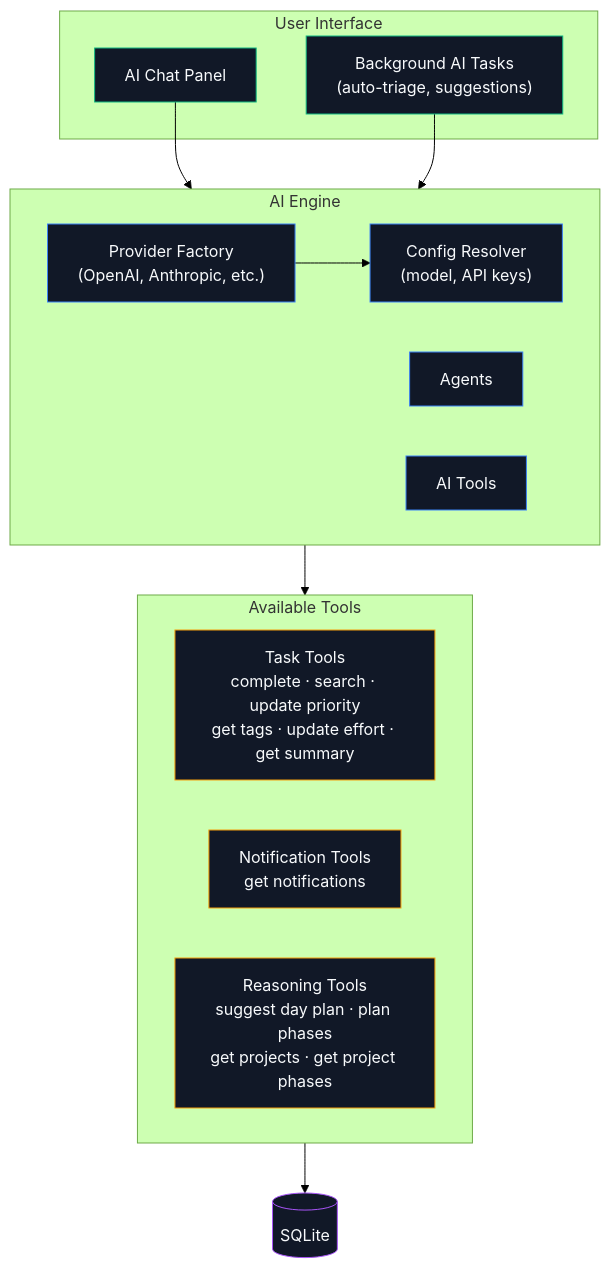
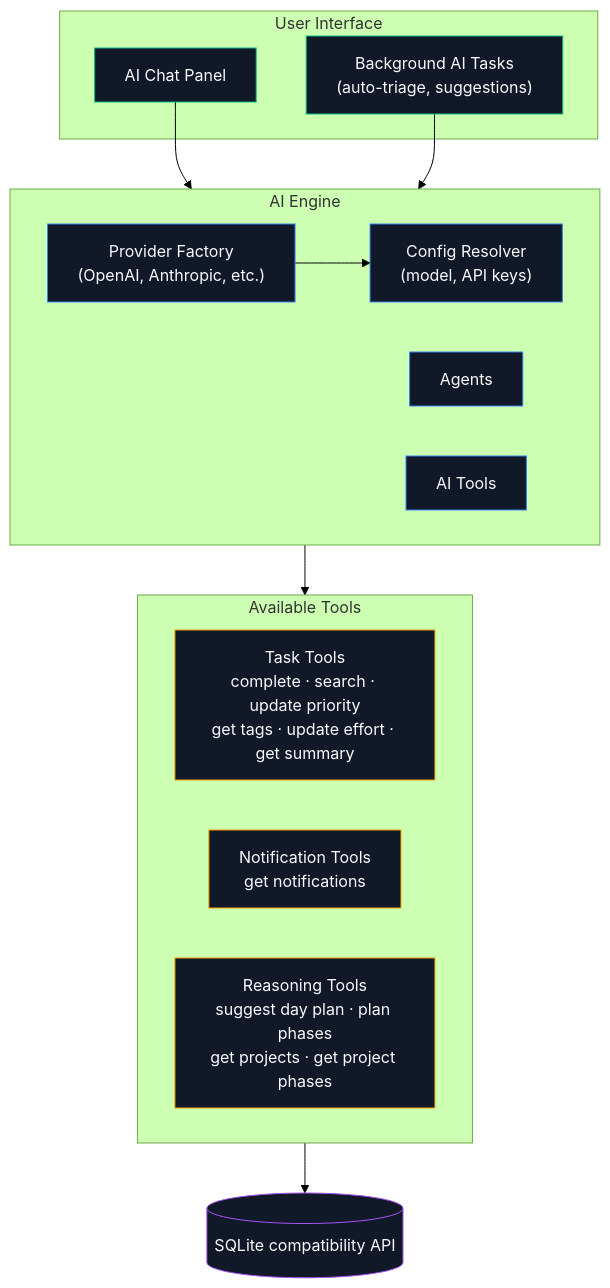
The first of 2 diagrams in docs/architecture/ai-engine.md (rsocko/mission-control), drawn with Mermaid (forest theme) before and after one commit. The commit also changed other lines of this file and 11 other files, not shown here.

Commit message:
docs: align architecture with PostgreSQL decision

````diff
--- a/docs/architecture/ai-engine.md
+++ b/docs/architecture/ai-engine.md
@@ -21,36 +22,36 @@
 ```mermaid
 graph TB
   subgraph Interface["User Interface"]
     Chat["AI Chat Panel"]
     BG["Background AI Tasks<br/>(auto-triage, suggestions)"]
   end
 
   subgraph Engine["AI Engine"]
     Provider["Provider Factory<br/>(OpenAI, Anthropic, etc.)"]
     Config["Config Resolver<br/>(model, API keys)"]
     Agents["Agents"]
     Tools["AI Tools"]
   end
 
   subgraph ToolSet["Available Tools"]
     TT["Task Tools<br/>complete · search · update priority<br/>get tags · update effort · get summary"]
     AT["Notification Tools<br/>get notifications"]
     RT["Reasoning Tools<br/>suggest day plan · plan phases<br/>get projects · get project phases"]
   end
 
   Chat --> Engine
   BG --> Engine
   Provider --> Config
   Engine --> ToolSet
-  ToolSet --> DB[("SQLite")]
+  ToolSet --> DB[("SQLite compatibility API")]
 
   classDef ui fill:#111827,stroke:#10b981,color:#f8fafc
   classDef engine fill:#111827,stroke:#3b82f6,color:#f8fafc
   classDef tools fill:#111827,stroke:#f59e0b,color:#f8fafc
   classDef db fill:#111827,stroke:#a855f7,color:#f8fafc
 
   class Chat,BG ui
   class Provider,Config,Agents,Tools engine
   class TT,AT,RT tools
   class DB db
 ```
````
